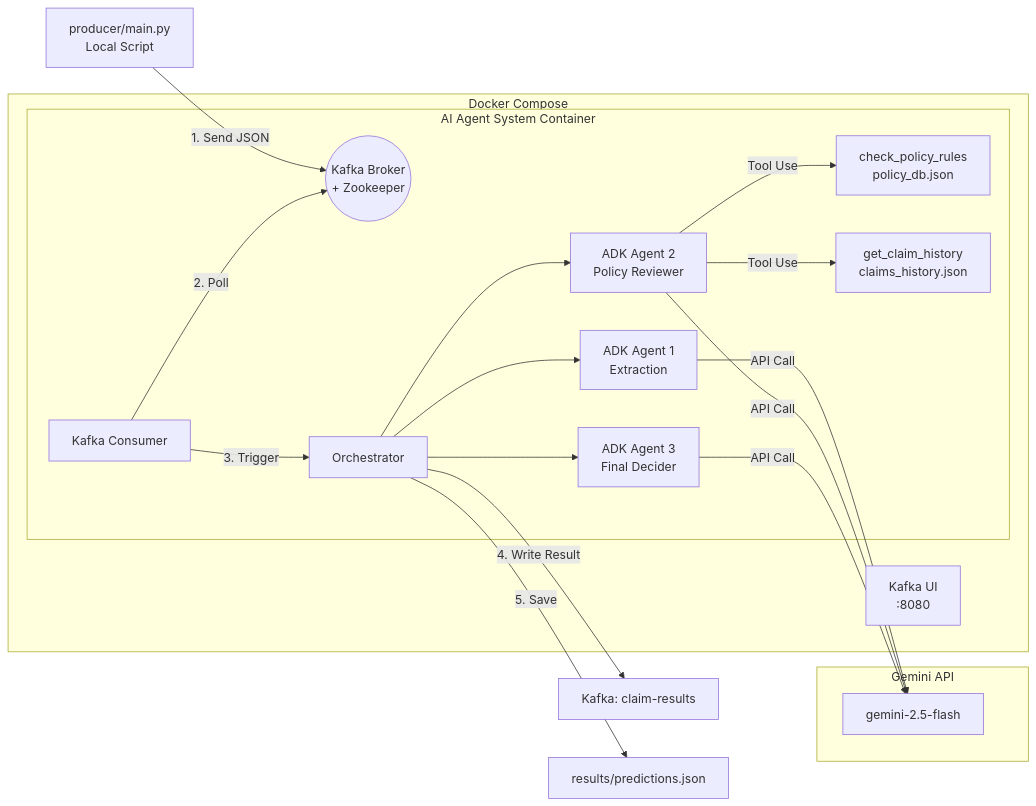
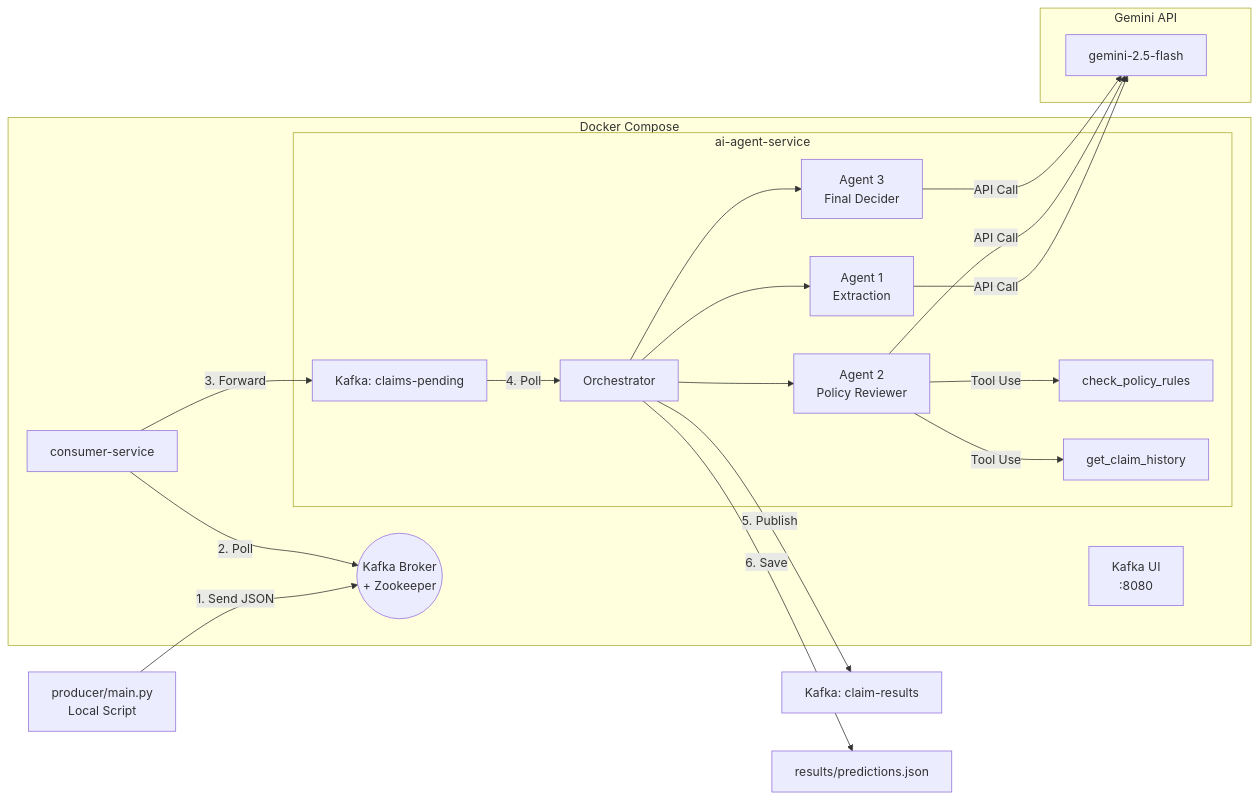
Before and after one commit to Wiwi-Creator/poc-kafka-with-ai-agent: the diagram in README.md, drawn with Mermaid. The commit also changed other lines of this file, not shown here.

Commit message:
update markdown for seperate service

````diff
--- a/README.md
+++ b/README.md
@@ -7,29 +7,28 @@
 ```mermaid
 graph LR
     P[producer/main.py<br/>Local Script] -- "1. Send JSON" --> K
 
     subgraph "Docker Compose"
         K((Kafka Broker<br/>+ Zookeeper))
+        KUI[Kafka UI<br/>:8080]
 
-        subgraph "AI Agent System Container"
-            C[Kafka Consumer] -- "2. Poll" --> K
-            C -- "3. Trigger" --> O[Orchestrator]
-            O --> E[ADK Agent 1<br/>Extraction]
-            O --> R[ADK Agent 2<br/>Policy Reviewer]
-            O --> D[ADK Agent 3<br/>Final Decider]
-            R -- "Tool Use" --> T1[check_policy_rules<br/>policy_db.json]
-            R -- "Tool Use" --> T2[get_claim_history<br/>claims_history.json]
+        CS[consumer-service] -- "2. Poll" --> K
+        CS -- "3. Forward" --> KP[Kafka: claims-pending]
+
+        subgraph "ai-agent-service"
+            KP -- "4. Poll" --> O[Orchestrator]
+            O --> E[Agent 1<br/>Extraction]
+            O --> R[Agent 2<br/>Policy Reviewer]
+            O --> D[Agent 3<br/>Final Decider]
+            R -- "Tool Use" --> T1[check_policy_rules]
+            R -- "Tool Use" --> T2[get_claim_history]
         end
-
-        KUI[Kafka UI<br/>:8080]
     end
 
     subgraph "Gemini API"
-        E -- "API Call" --> G[gemini-2.5-flash]
-        R -- "API Call" --> G
-        D -- "API Call" --> G
+        E & R & D -- "API Call" --> G[gemini-2.5-flash]
     end
 
-    O -- "4. Write Result" --> KR[Kafka: claim-results]
-    O -- "5. Save" --> RF[results/predictions.json]
+    O -- "5. Publish" --> KR[Kafka: claim-results]
+    O -- "6. Save" --> RF[results/predictions.json]
 ```
````
